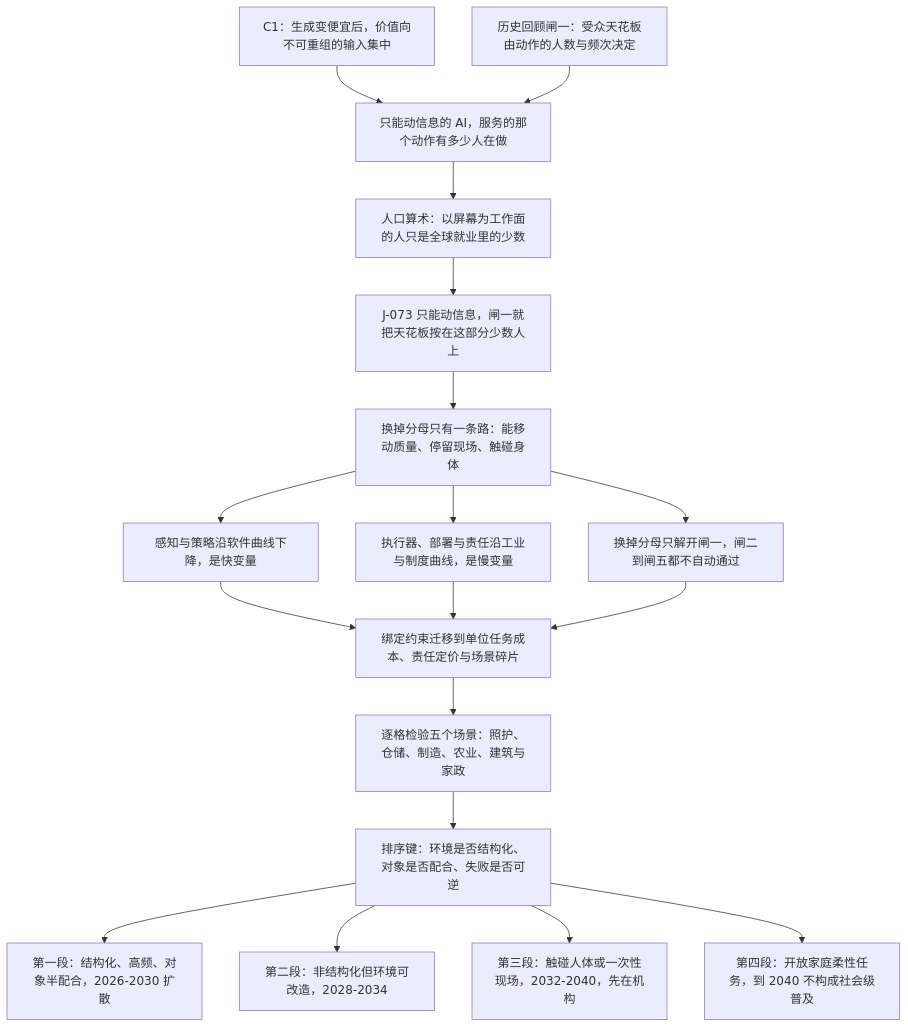
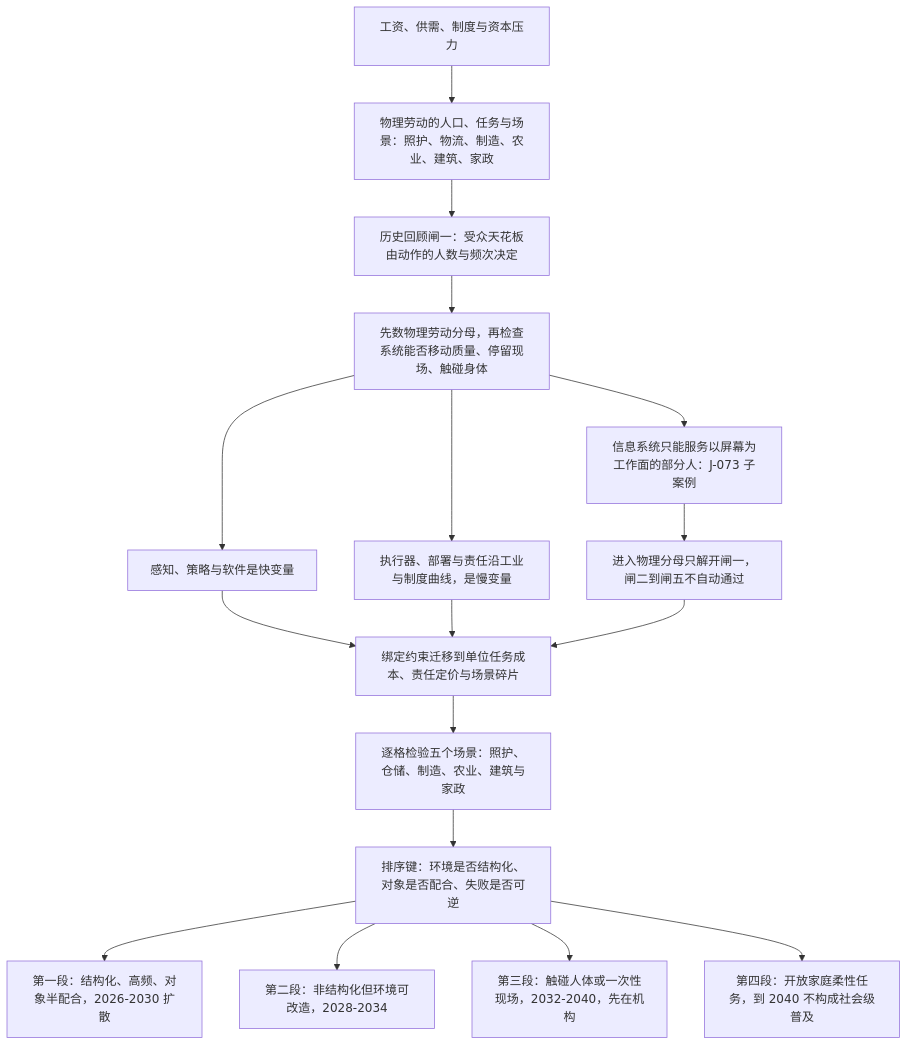
Before and after one commit to SenZhangAI/foresight-by-ai: the first of 2 diagrams in docs/zh/chains/40-embodied-intelligence.md, drawn with Mermaid. The commit also changed other lines of this file and 16 other files, not shown here.

````diff
--- a/docs/zh/chains/40-embodied-intelligence.md
+++ b/docs/zh/chains/40-embodied-intelligence.md
@@ -58,20 +60,19 @@
 ```mermaid
 flowchart TD
-  GEN["C1：生成变便宜后，价值向不可重组的输入集中"] --> ASK["只能动信息的 AI，服务的那个动作有多少人在做"]
-  GATE1["历史回顾闸一：受众天花板由动作的人数与频次决定"] --> ASK
-  ASK --> POP["人口算术：以屏幕为工作面的人只是全球就业里的少数"]
-  POP --> CEIL["J-073 只能动信息，闸一就把天花板按在这部分少数人上"]
-  CEIL --> DENOM["换掉分母只有一条路：能移动质量、停留现场、触碰身体"]
-  DENOM --> GATES["换掉分母只解开闸一，闸二到闸五都不自动通过"]
-  DENOM --> FAST["感知与策略沿软件曲线下降，是快变量"]
+  LABOR["物理劳动的人口、任务与场景：照护、物流、制造、农业、建筑、家政"] --> GATE1["历史回顾闸一：受众天花板由动作的人数与频次决定"]
+  PRESS["工资、供需、制度与资本压力"] --> LABOR
+  GATE1 --> DENOM["先数物理劳动分母，再检查系统能否移动质量、停留现场、触碰身体"]
+  DENOM --> INFO["信息系统只能服务以屏幕为工作面的部分人：J-073 子案例"]
+  INFO --> GATES["进入物理分母只解开闸一，闸二到闸五不自动通过"]
+  DENOM --> FAST["感知、策略与软件是快变量"]
   DENOM --> SLOW["执行器、部署与责任沿工业与制度曲线，是慢变量"]
   FAST --> BIND["绑定约束迁移到单位任务成本、责任定价与场景碎片"]
   SLOW --> BIND
   GATES --> BIND
   BIND --> SCENES["逐格检验五个场景：照护、仓储、制造、农业、建筑与家政"]
   SCENES --> KEYS["排序键：环境是否结构化、对象是否配合、失败是否可逆"]
   KEYS --> ST1["第一段：结构化、高频、对象半配合，2026-2030 扩散"]
   KEYS --> ST2["第二段：非结构化但环境可改造，2028-2034"]
   KEYS --> ST3["第三段：触碰人体或一次性现场，2032-2040，先在机构"]
   KEYS --> ST4["第四段：开放家庭柔性任务，到 2040 不构成社会级普及"]
 ```
````
